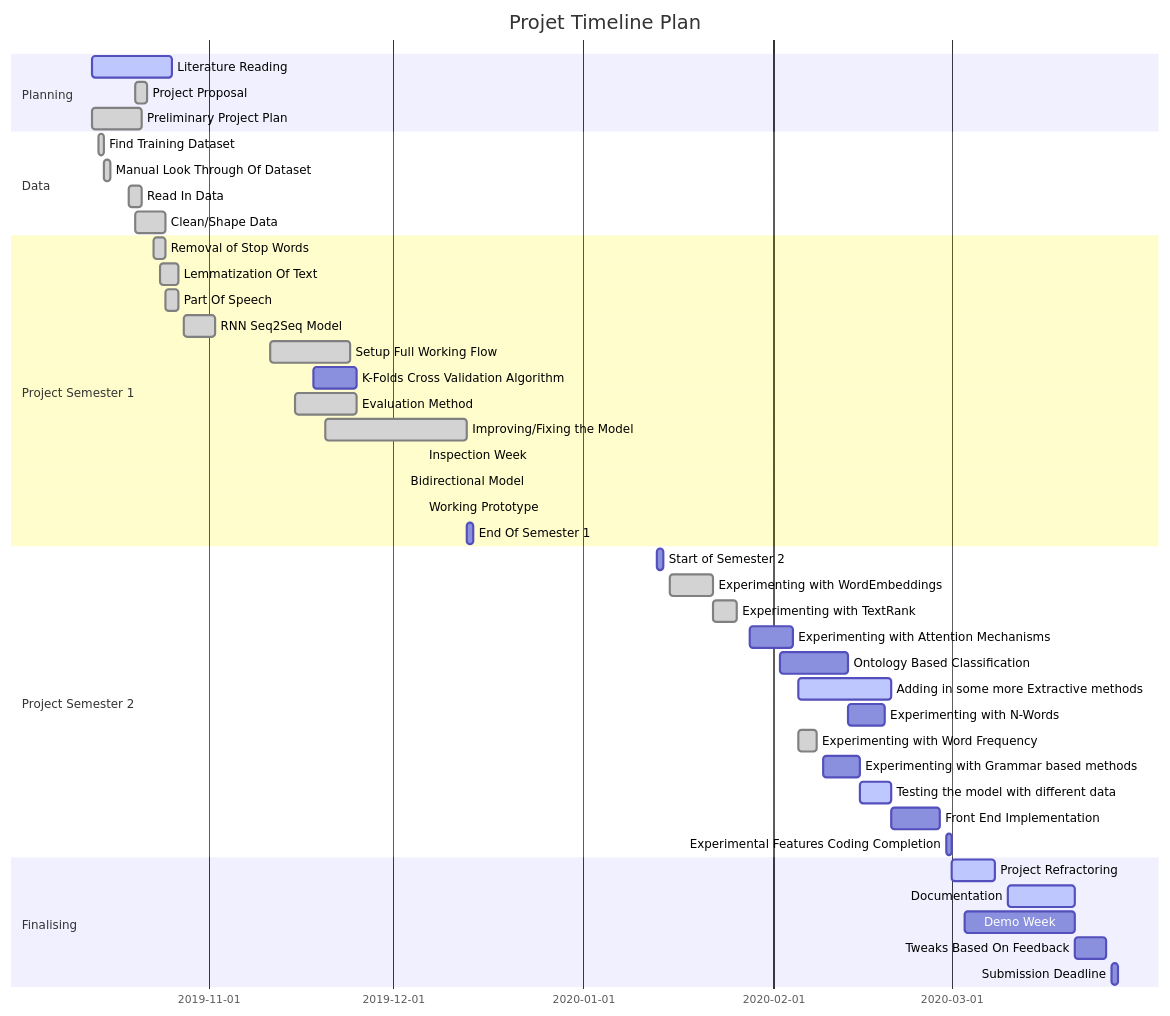
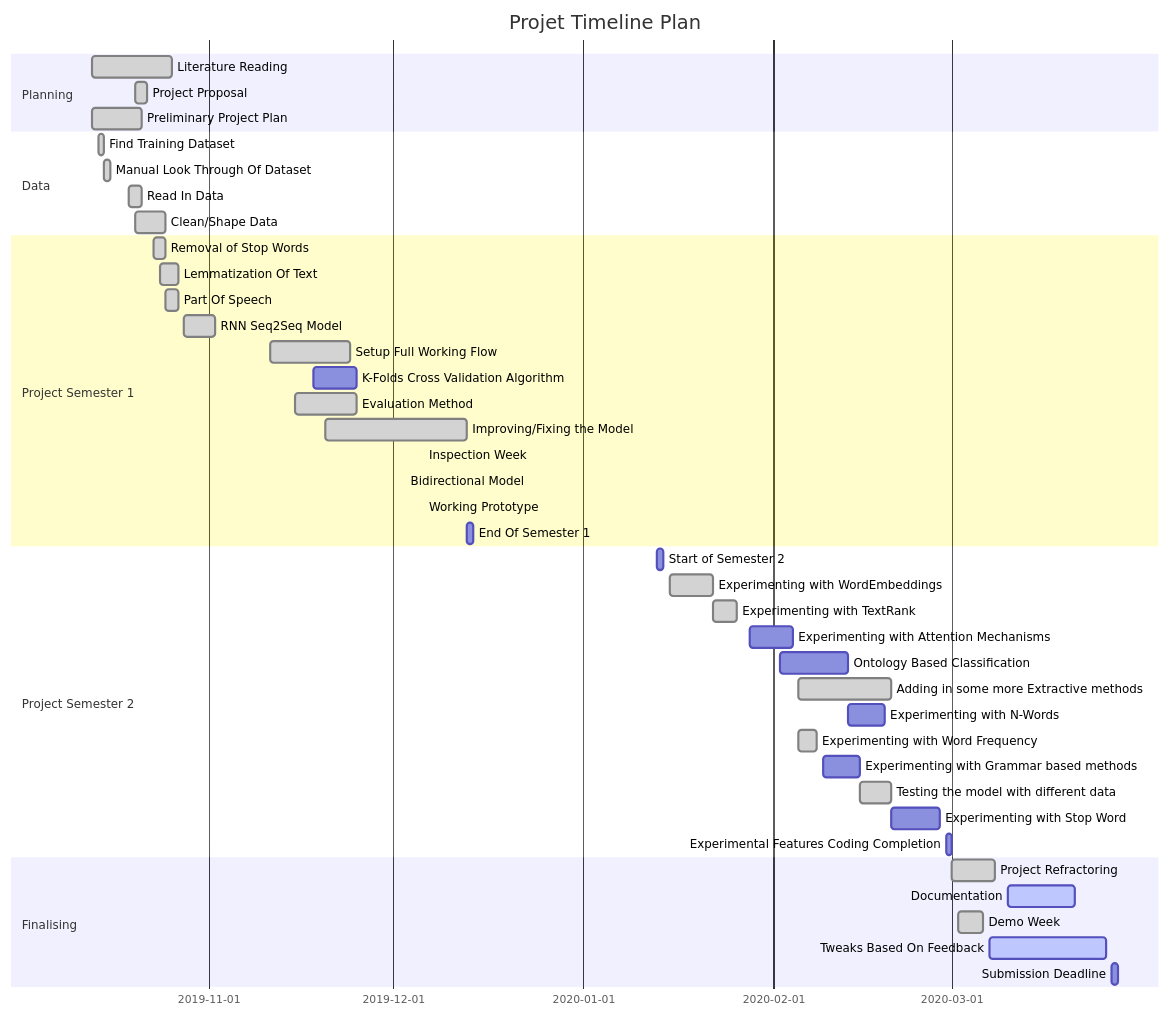
Before and after one commit to bmistry12/text-summarisation: the first of 2 diagrams in README.md, drawn with Mermaid. The commit also changed other lines of this file, not shown here.

````diff
--- a/README.md
+++ b/README.md
@@ -38,52 +94,52 @@
 ```mermaid
 gantt
 dateFormat  YYYY-MM-DD
 title Projet Timeline Plan
 
 
 section Planning
-Literature Reading                      :active,  des1, 2019-10-13, 2019-10-26
+Literature Reading                      :done,  des1, 2019-10-13, 2019-10-26
 Project Proposal                        :done,    des1, 2019-10-20, 2019-10-22
 Preliminary Project Plan                :done,    des1, 2019-10-13, 2019-10-21
 
 section Data                  
 Find Training Dataset                   :done,    des1, 2019-10-14, 2019-10-15
 Manual Look Through Of Dataset          :done,    des1, 2019-10-15, 2019-10-16
 Read In Data                            :done,    des1, 2019-10-19, 2019-10-21
 Clean/Shape Data                        :done,   des1, 2019-10-20, 2019-10-25
 
 section Project Semester 1
 Removal of Stop Words                   :done,    des1, 2019-10-23, 2019-10-25
 Lemmatization Of Text                   :done,    des1, 2019-10-24, 2019-10-27
 Part Of Speech                          :done,    des1, 2019-10-25, 2019-10-27
 RNN Seq2Seq Model                       :done,    des1, 2019-10-28, 2019-11-02
 Setup Full Working Flow                 :done,    des1, 2019-11-11, 2019-11-24
 K-Folds Cross Validation Algorithm      :         des1, 2019-11-18, 2019-11-25
 Evaluation Method                       :done,    des1, 2019-11-15, 2019-11-25
 Improving/Fixing the Model              :done,    des1, 2019-11-20, 2019-12-13
 Inspection Week                         :done,    des1, 2019-12-13, 2019-12-06
 Bidirectional Model                     :done,    des1, 2019-12-08, 2019-12-03
 Working Prototype                       :done,    des1, 2019-12-13, 2019-12-06
 End Of Semester 1                       :         des1, 2019-12-13, 1d
 
 section Project Semester 2
 Start of Semester 2                     :         des1, 2020-01-13, 1d
 Experimenting with WordEmbeddings       :done,    des1, 2020-01-15, 2020-01-22
 Experimenting with TextRank             :done,    des1, 2020-01-22, 2020-01-26
 Experimenting with Attention Mechanisms :         des1, 2020-01-28, 2020-02-04
 Ontology Based Classification           :         des1, 2020-02-02, 2020-02-13
-Adding in some more Extractive methods  :active,  des1, 2020-02-05, 2020-02-20
+Adding in some more Extractive methods  :done,  des1, 2020-02-05, 2020-02-20
 Experimenting with N-Words              :         des1, 2020-02-13, 2020-02-19
 Experimenting with Word Frequency        :done,         des1, 2020-02-05, 2020-02-08
 Experimenting with Grammar based methods:         des1, 2020-02-09, 2020-02-15
-Testing the model with different data   :active,  des1, 2020-02-15, 2020-02-20 
-Front End Implementation                :         des1, 2020-02-20, 2020-02-28
+Testing the model with different data   :done,  des1, 2020-02-15, 2020-02-20 
+Experimenting with Stop Word            :         des1, 2020-02-20, 2020-02-28
 Experimental Features Coding Completion :         des1, 2020-02-29, 1d
 
 Section Finalising
-Project Refractoring                    :active,  des1, 2020-03-01, 2020-03-08
+Project Refractoring                    :done,  des1, 2020-03-01, 2020-03-08
 Documentation                           :active,  des1, 2020-03-10, 2020-03-21
-Demo Week                               :         des1, 2020-03-03, 2020-03-21
-Tweaks Based On Feedback                :         des1, 2020-03-21, 2020-03-26
+Demo Week                               :done,    des1, 2020-03-02, 2020-03-06
+Tweaks Based On Feedback                :active,  des1, 2020-03-07, 2020-03-26
 Submission Deadline                     :         des1, 2020-03-27, 1d
 ```
````
